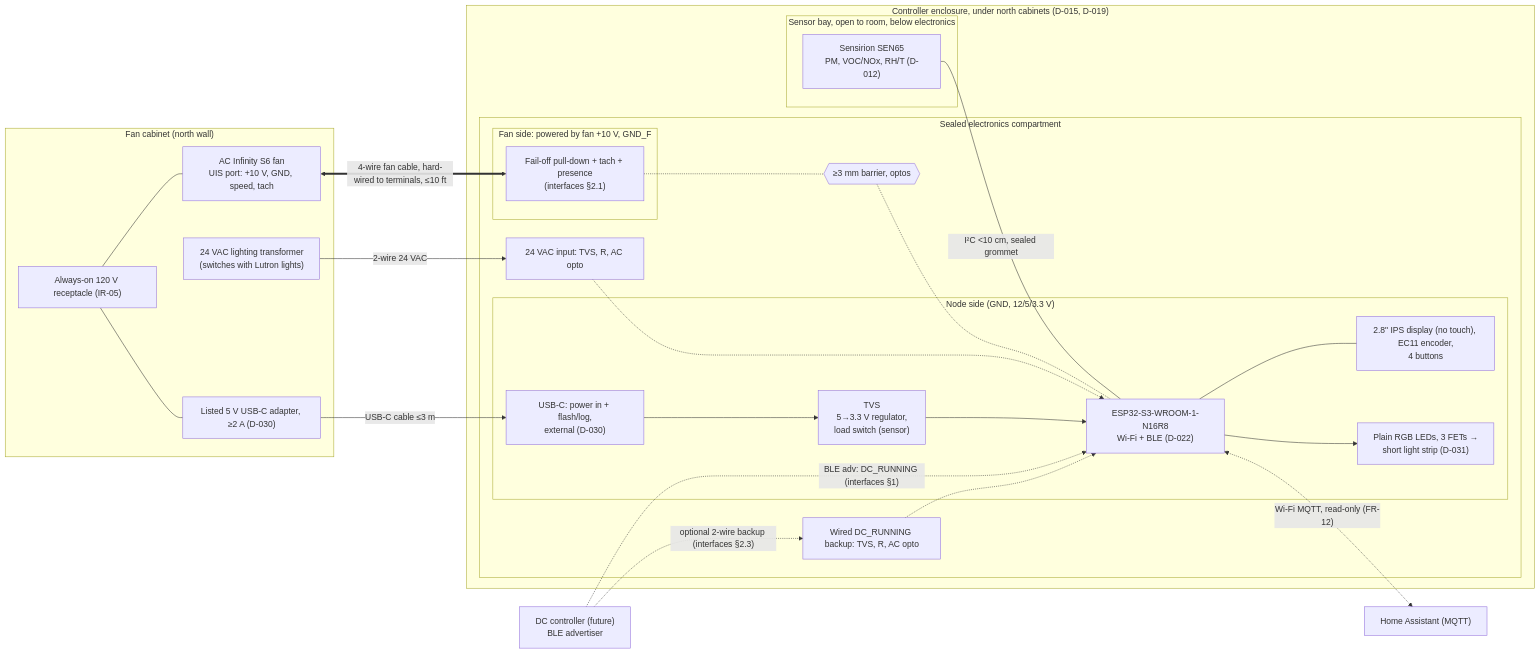
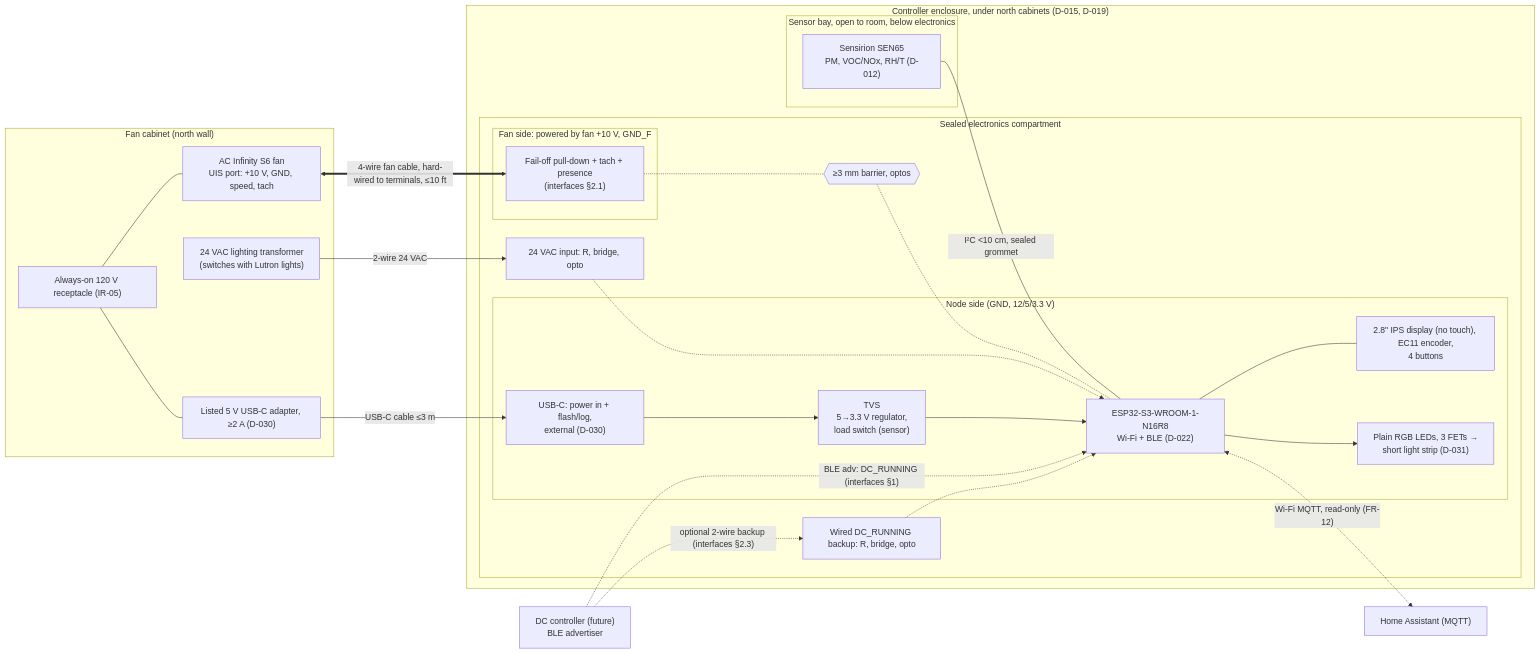
Before and after one commit to metcalf/shop-exhaust-control: the diagram in docs/architecture.md, drawn with Mermaid. The commit also changed 15 other files, not shown here.

First line of the commit message:
Remove TVS diodes from J-OCC and J-DC (D-046)

````diff
--- a/docs/architecture.md
+++ b/docs/architecture.md
@@ -9,46 +9,46 @@
 ```mermaid
 flowchart LR
   subgraph CAB["Fan cabinet (north wall)"]
     REC["Always-on 120 V receptacle (IR-05)"]
     S6["AC Infinity S6 fan<br/>UIS port: +10 V, GND, speed, tach"]
     XFMR["24 VAC lighting transformer<br/>(switches with Lutron lights)"]
     PSU["Listed 5 V USB-C adapter, ≥2 A (D-030)"]
     REC --- S6
     REC --- PSU
   end
 
   subgraph ENC["Controller enclosure, under north cabinets (D-015, D-019)"]
     subgraph EC["Sealed electronics compartment"]
       subgraph FS["Fan side: powered by fan +10 V, GND_F"]
         FAN_IF["Fail-off pull-down + tach + presence<br/>(interfaces §2.1)"]
       end
       BAR1{{"≥3 mm barrier, optos"}}
       subgraph NODE["Node side (GND, 12/5/3.3 V)"]
         MCU["ESP32-S3-WROOM-1-N16R8<br/>Wi-Fi + BLE (D-022)"]
         PWR["TVS<br/>5→3.3 V regulator,<br/>load switch (sensor)"]
         PANEL["2.8&quot; IPS display (no touch), EC11 encoder,<br/>4 buttons"]
         LEDS["Plain RGB LEDs, 3 FETs →<br/>short light strip (D-031)"]
         USB["USB-C: power in + flash/log,<br/>external (D-030)"]
       end
-      OCC_IF["24 VAC input: TVS, R, AC opto"]
-      DC_IF["Wired DC_RUNNING backup: TVS, R, AC opto"]
+      OCC_IF["24 VAC input: R, bridge, opto"]
+      DC_IF["Wired DC_RUNNING backup: R, bridge, opto"]
     end
     subgraph BAY["Sensor bay, open to room, below electronics"]
       SEN["Sensirion SEN65<br/>PM, VOC/NOx, RH/T (D-012)"]
     end
   end
 
   DC["DC controller (future)<br/>BLE advertiser"]
   HA["Home Assistant (MQTT)"]
 
   S6 <== "4-wire fan cable, hard-wired to terminals, ≤10 ft" ==> FAN_IF
   FAN_IF -.- BAR1 -.- MCU
   XFMR -- "2-wire 24 VAC" --> OCC_IF -.-> MCU
   PSU -- "USB-C cable ≤3 m" --> USB --> PWR --> MCU
   SEN -- "I²C <10 cm, sealed grommet" --- MCU
   MCU --- PANEL
   MCU --> LEDS
   DC -. "BLE adv: DC_RUNNING (interfaces §1)" .-> MCU
   DC -. "optional 2-wire backup (interfaces §2.3)" .-> DC_IF -.-> MCU
   MCU <-. "Wi-Fi MQTT, read-only (FR-12)" .-> HA
 ```
````
